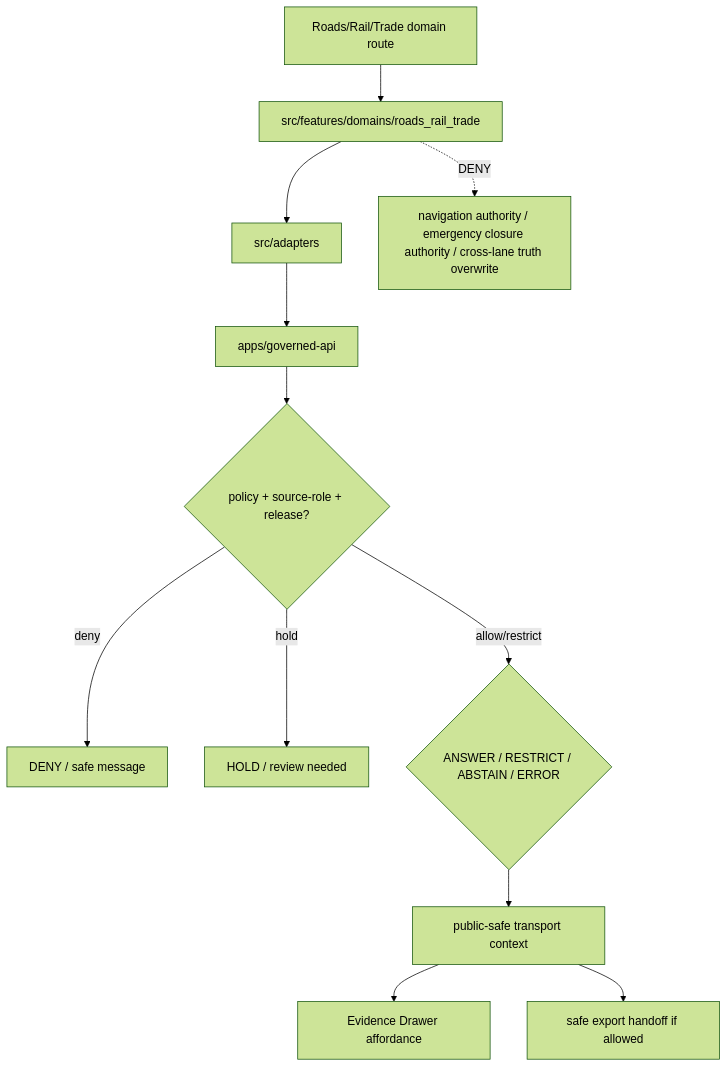
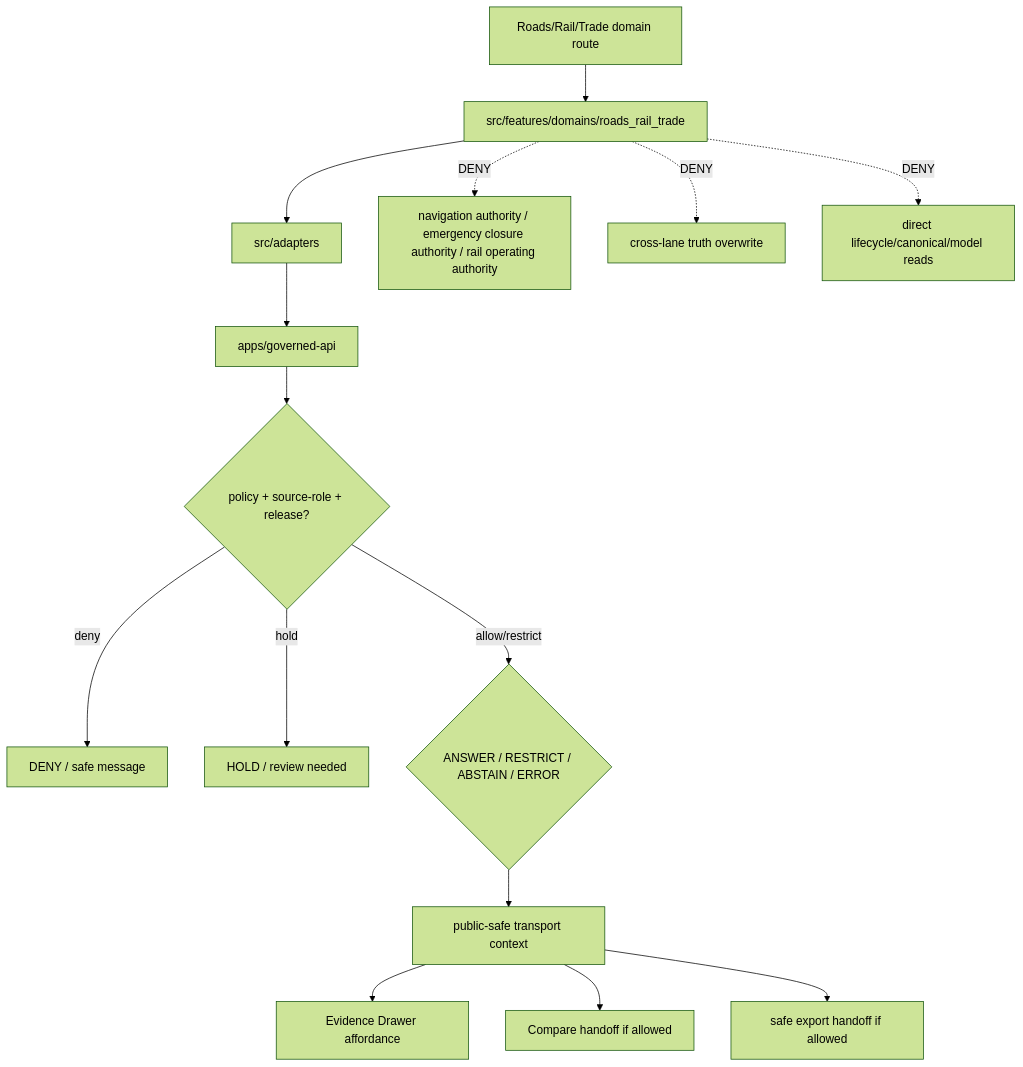
The diagram in apps/explorer-web/src/features/domains/roads_rail_trade/README.md (bartytime4life/Kansas-Frontier-Matrix), drawn with Mermaid (forest theme) before and after one commit. The commit also changed other lines of this file, not shown here.

Commit message:
docs: update explorer web roads rail trade feature README

````diff
--- a/apps/explorer-web/src/features/domains/roads_rail_trade/README.md
+++ b/apps/explorer-web/src/features/domains/roads_rail_trade/README.md
@@ -226,14 +307,17 @@
 ```mermaid
 flowchart TD
     route["Roads/Rail/Trade domain route"] --> feature["src/features/domains/roads_rail_trade"]
     feature --> adapters["src/adapters"]
     adapters --> api["apps/governed-api"]
     api --> policy{"policy + source-role + release?"}
     policy -->|deny| deny["DENY / safe message"]
     policy -->|hold| hold["HOLD / review needed"]
     policy -->|allow/restrict| envelope{"ANSWER / RESTRICT / ABSTAIN / ERROR"}
     envelope --> view["public-safe transport context"]
     view --> evidence["Evidence Drawer affordance"]
+    view --> compare["Compare handoff if allowed"]
     view --> export["safe export handoff if allowed"]
-    feature -. DENY .-> authority["navigation authority / emergency closure authority / cross-lane truth overwrite"]
+    feature -. DENY .-> authority["navigation authority / emergency closure authority / rail operating authority"]
+    feature -. DENY .-> crosslane["cross-lane truth overwrite"]
+    feature -. DENY .-> direct["direct lifecycle/canonical/model reads"]
 ```
````
